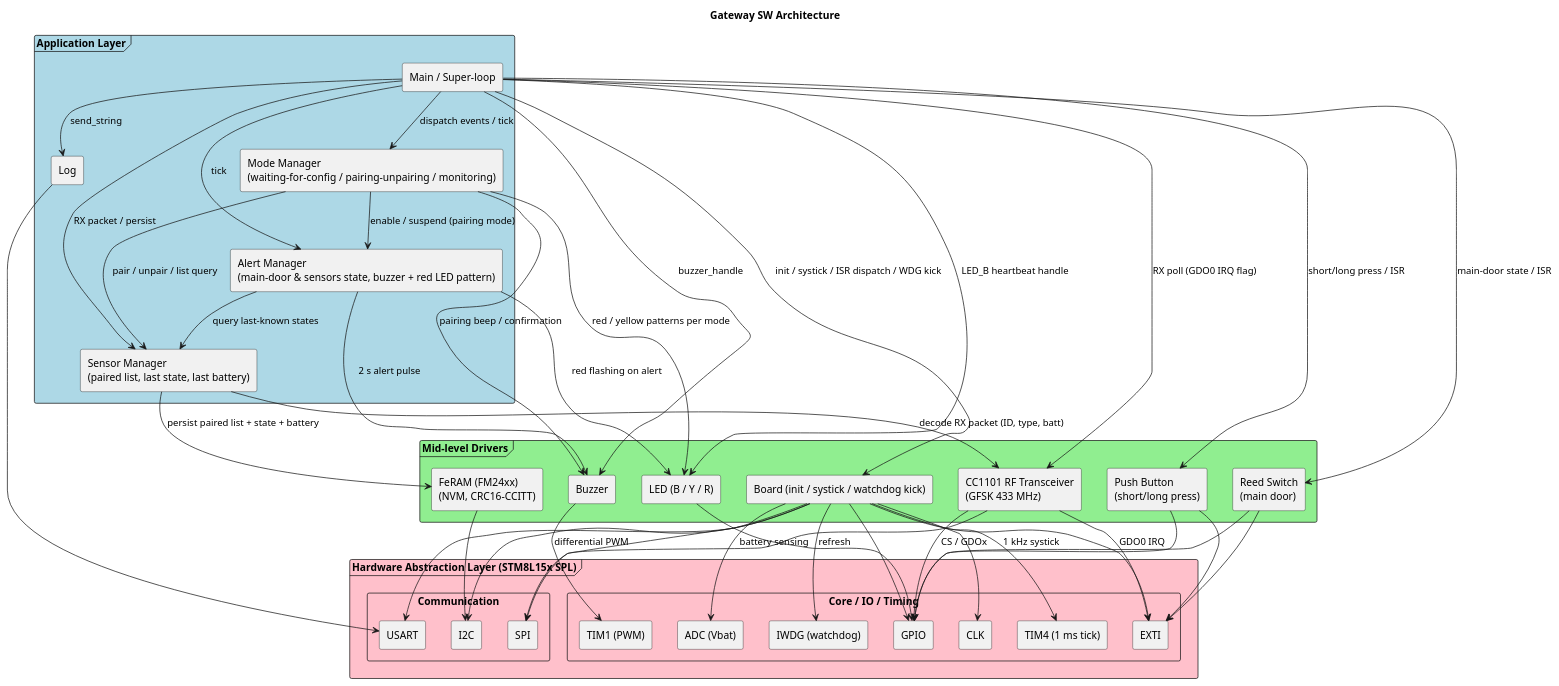
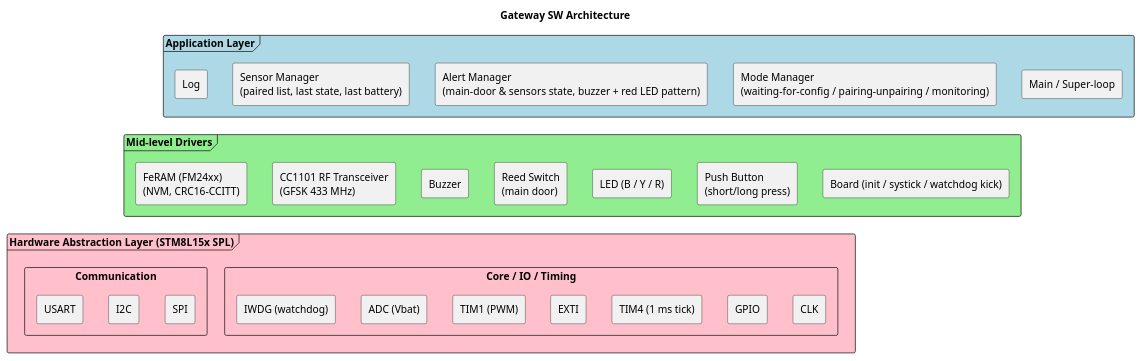
One commit to npeixoto64/ExitGuardian changed the diagram in docs/architecture/diagrams/gateway_sw_arch.puml. Above: the diagram before and after it, drawn with PlantUML. The commit also changed 8 other files, not shown here.

Commit message:
EG-37 SW Architecture matching requirements, created the state machine first draft and requirements updated based on architecture.

```diff
--- a/docs/architecture/diagrams/gateway_sw_arch.puml
+++ b/docs/architecture/diagrams/gateway_sw_arch.puml
@@ -1,97 +1,59 @@
 @startuml
 skinparam componentStyle rectangle
 skinparam packageStyle frame
-
-' Hide all connections (keep layout influence, hide visuals)
-'skinparam arrow {
-'    Color transparent
-'    FontColor transparent
-'}
 
 title Gateway SW Architecture
 
 package "Application Layer" #LightBlue {
     [Main / Super-loop] as App
     [Mode Manager\n(waiting-for-config / pairing-unpairing / monitoring)] as ModeMgr
     [Alert Manager\n(main-door & sensors state, buzzer + red LED pattern)] as AlertMgr
     [Sensor Manager\n(paired list, last state, last battery)] as SensorMgr
     [Log] as Log
 }
 
 package "Mid-level Drivers" #LightGreen {
     [Board (init / systick / watchdog kick)] as Board
     [CC1101 RF Transceiver\n(GFSK 433 MHz)] as CC1101
     [FeRAM (FM24xx)\n(NVM, CRC16-CCITT)] as FeRAM
     [Reed Switch\n(main door)] as Reed
     [Push Button\n(short/long press)] as Button
     [LED (B / Y / R)] as Led
     [Buzzer] as Buzzer
 }
 
 package "Hardware Abstraction Layer (STM8L15x SPL)" #Pink {
     component "Communication" {
         [SPI] as SPI
         [I2C] as I2C
         [USART] as USART
     }
     component "Core / IO / Timing" {
         [CLK] as CLK
         [GPIO] as GPIO
         [EXTI] as EXTI
         [TIM1 (PWM)] as TIM1
         [TIM4 (1 ms tick)] as TIM4
         [ADC (Vbat)] as ADC
         [IWDG (watchdog)] as IWDG
     }
 }
 
-' Application internal
-App --> ModeMgr   : dispatch events / tick
-App --> AlertMgr  : tick
-App --> SensorMgr : RX packet / persist
-App --> Log       : send_string
+' Force the three packages to stack vertically (App on top, HAL on bottom).
+' Hidden edges from every Application component down to a Mid-level driver,
+' and from every Mid-level driver down to a HAL component, lock the ranks.
+App       -[hidden]down-> Board
+ModeMgr   -[hidden]down-> Button
+AlertMgr  -[hidden]down-> Led
+SensorMgr -[hidden]down-> CC1101
+Log       -[hidden]down-> FeRAM
 
-ModeMgr  --> AlertMgr   : enable / suspend (pairing mode)
-ModeMgr  --> SensorMgr  : pair / unpair / list query
-ModeMgr  --> Led        : red / yellow patterns per mode
-ModeMgr  --> Buzzer     : pairing beep / confirmation
-
-AlertMgr --> SensorMgr  : query last-known states
-AlertMgr --> Led        : red flashing on alert
-AlertMgr --> Buzzer     : 2 s alert pulse
-
-' Application -> Mid-level
-App --> Board     : init / systick / ISR dispatch / WDG kick
-App --> CC1101    : RX poll (GDO0 IRQ flag)
-App --> Reed      : main-door state / ISR
-App --> Button    : short/long press / ISR
-App --> Led       : LED_B heartbeat handle
-App --> Buzzer    : buzzer_handle
-
-SensorMgr --> FeRAM  : persist paired list + state + battery
-SensorMgr --> CC1101 : decode RX packet (ID, type, batt)
-
-' Mid-level -> HAL
-Board  --> CLK
-Board  --> GPIO
-Board  --> EXTI
-Board  --> TIM4   : 1 kHz systick
-Board  --> ADC    : battery sensing
-Board  --> SPI
-Board  --> I2C
-Board  --> USART
-Board  --> IWDG   : refresh
-
-CC1101 --> SPI
-CC1101 --> GPIO   : CS / GDOx
-CC1101 --> EXTI   : GDO0 IRQ
-FeRAM  --> I2C
-Reed   --> GPIO
-Reed   --> EXTI
-Button --> GPIO
-Button --> EXTI
-Led    --> GPIO
-Buzzer --> TIM1   : differential PWM
-Log    --> USART
+Board   -[hidden]down-> CLK
+CC1101  -[hidden]down-> SPI
+FeRAM   -[hidden]down-> I2C
+Reed    -[hidden]down-> EXTI
+Button  -[hidden]down-> GPIO
+Led     -[hidden]down-> TIM4
+Buzzer  -[hidden]down-> TIM1
 
 @enduml
```
